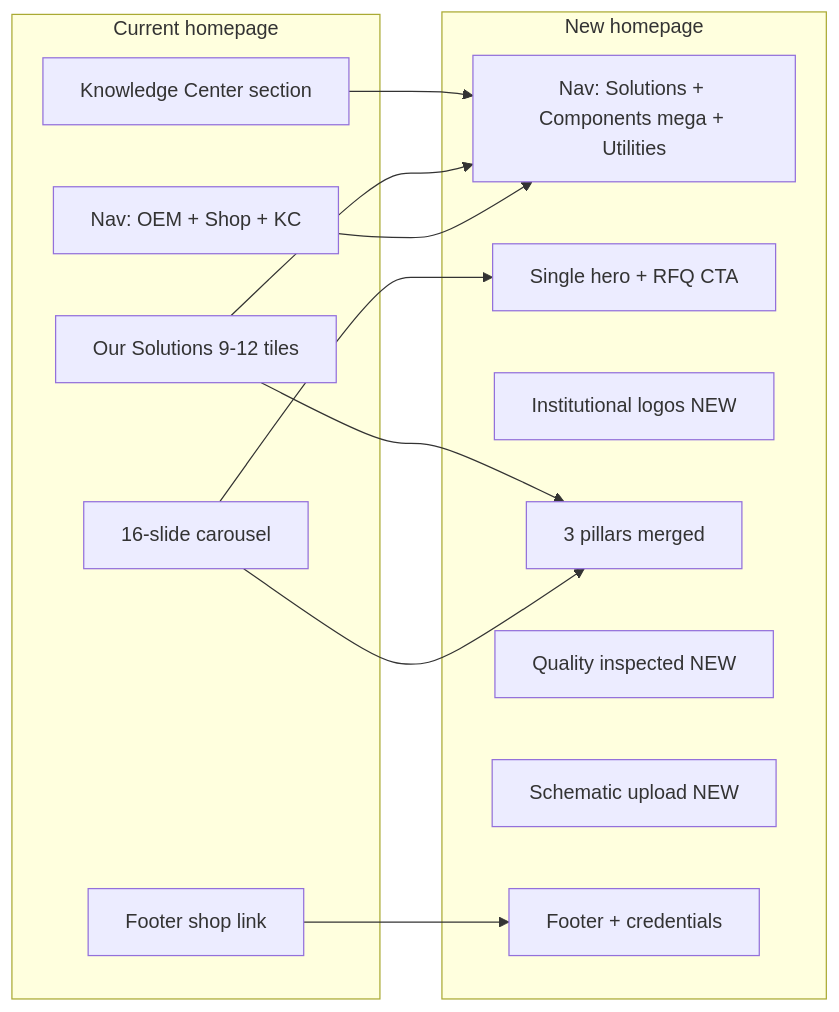
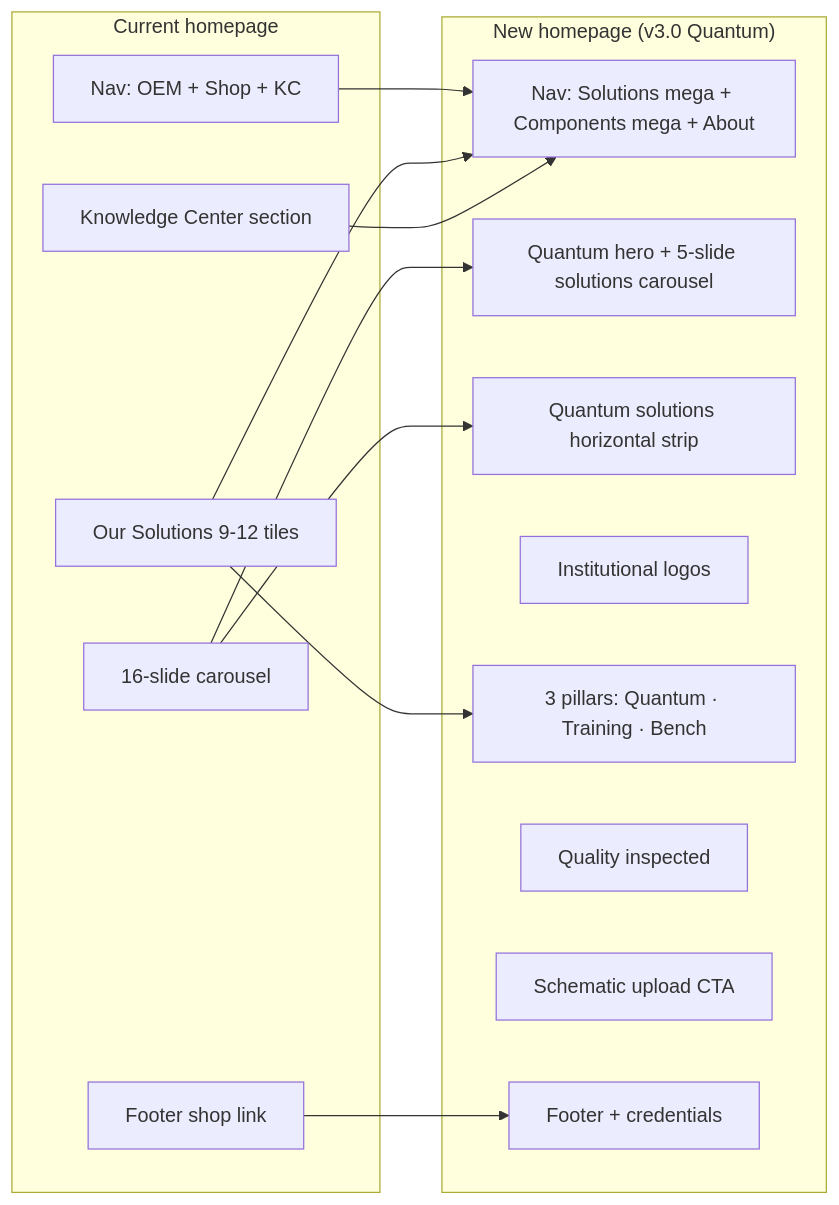
One commit to karpe29/sciengtech-revamp changed the diagram in docs/06-homepage-content-mapping.md. Above: the diagram before and after it, drawn with Mermaid. The commit also changed other lines of this file and 239 other files, not shown here.

````diff
--- a/docs/06-homepage-content-mapping.md
+++ b/docs/06-homepage-content-mapping.md
@@ -176,28 +177,29 @@
 ```mermaid
 flowchart LR
   subgraph OLD["Current homepage"]
     NAV_OLD[Nav: OEM + Shop + KC]
     CAR[16-slide carousel]
     GRID[Our Solutions 9-12 tiles]
     KC[Knowledge Center section]
     FOOT[Footer shop link]
   end
 
-  subgraph NEW["New homepage"]
-    NAV_NEW[Nav: Solutions + Components mega + Utilities]
-    HERO[Single hero + RFQ CTA]
-    PROOF[Institutional logos NEW]
-    PILLAR[3 pillars merged]
-    DATA[Quality inspected NEW]
-    UPLOAD[Schematic upload NEW]
+  subgraph NEW["New homepage (v3.0 Quantum)"]
+    NAV_NEW[Nav: Solutions mega + Components mega + About]
+    HERO[Quantum hero + 5-slide solutions carousel]
+    STRIP[Quantum solutions horizontal strip]
+    PROOF[Institutional logos]
+    PILLAR[3 pillars: Quantum · Training · Bench]
+    DATA[Quality inspected]
+    UPLOAD[Schematic upload CTA]
     FOOT_NEW[Footer + credentials]
   end
 
   NAV_OLD --> NAV_NEW
   CAR --> HERO
-  CAR --> PILLAR
+  CAR --> STRIP
   GRID --> PILLAR
   GRID --> NAV_NEW
   KC --> NAV_NEW
   FOOT --> FOOT_NEW
 ```
````
